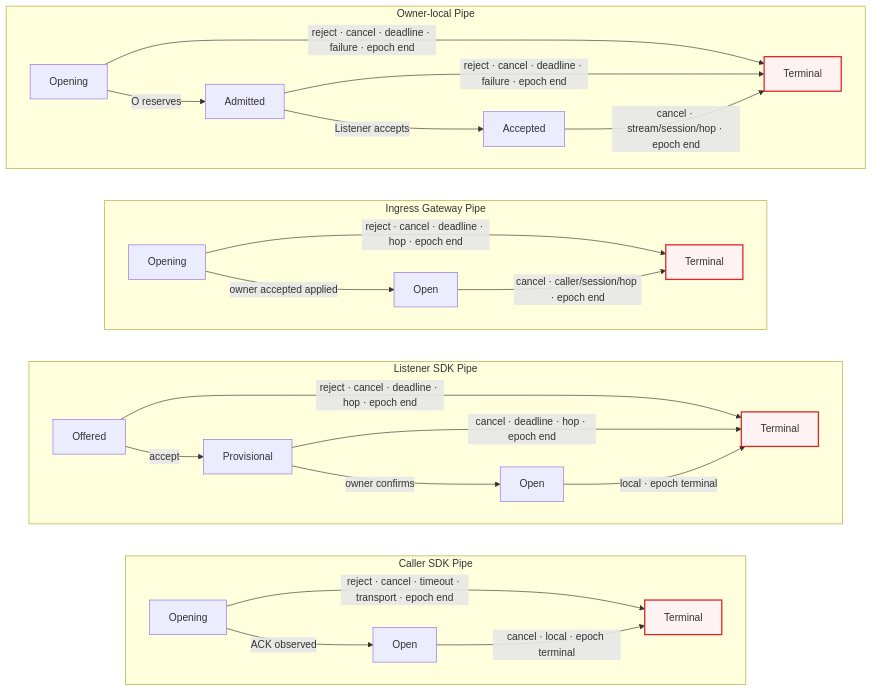
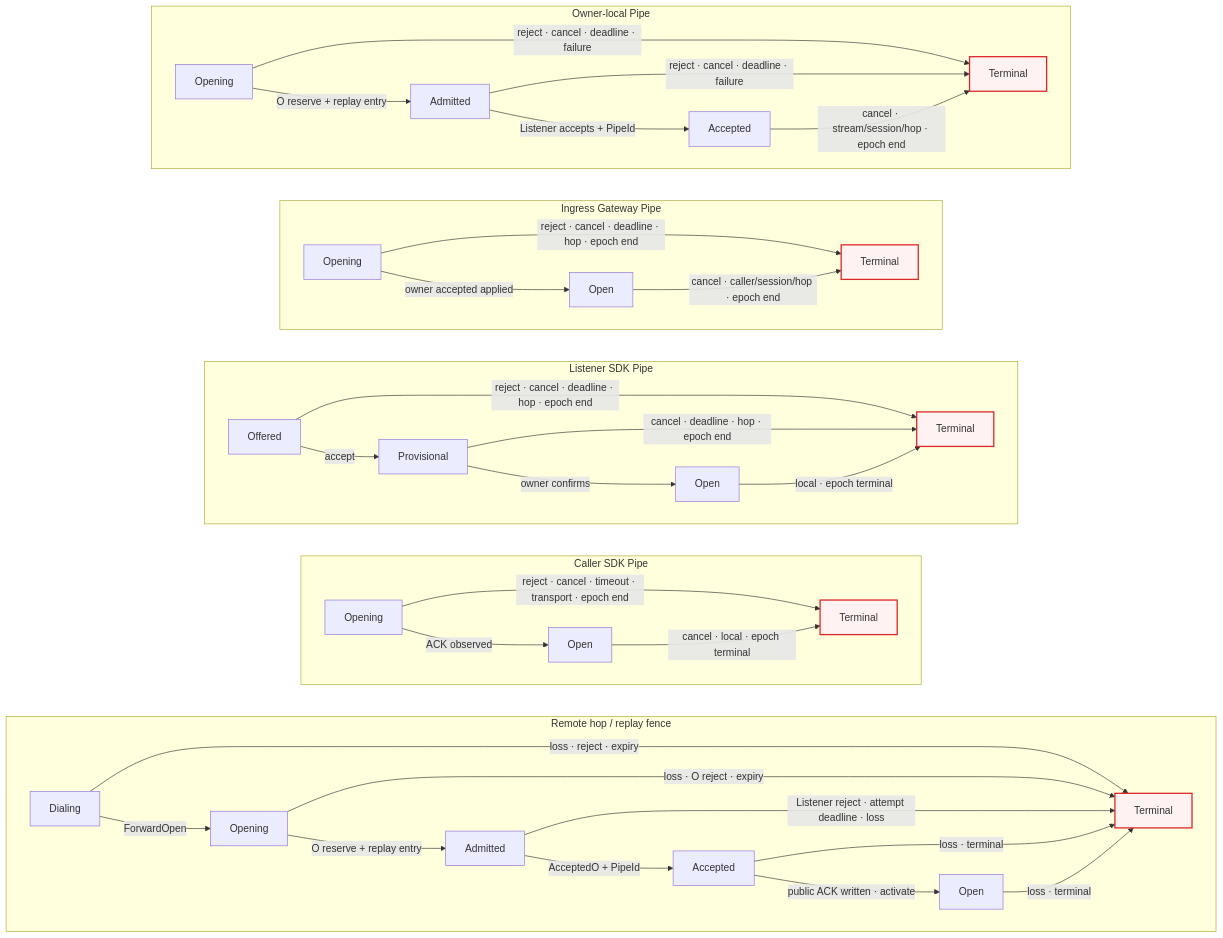
Before and after one commit to cagojeiger/relaygate: the fourth of 6 diagrams in docs/spec/003-failure-and-recovery-model.md, drawn with Mermaid. The commit also changed other lines of this file and 43 other files, not shown here.

````diff
--- a/docs/spec/003-failure-and-recovery-model.md
+++ b/docs/spec/003-failure-and-recovery-model.md
@@ -153,41 +158,55 @@
 ```mermaid
 flowchart TB
     subgraph Owner["Owner-local Pipe"]
         direction LR
-        O0["Opening"] -->|"O reserves"| O1["Admitted"]
-        O1 -->|"Listener accepts"| O2["Accepted"]
-        O0 -->|"reject · cancel · deadline · failure · epoch end"| O3["Terminal"]
-        O1 -->|"reject · cancel · deadline · failure · epoch end"| O3
+        O0["Opening"] -->|"O reserve + replay entry"| O1["Admitted"]
+        O1 -->|"Listener accepts + PipeId"| O2["Accepted"]
+        O0 -->|"reject · cancel · deadline · failure"| O3["Terminal"]
+        O1 -->|"reject · cancel · deadline · failure"| O3
         O2 -->|"cancel · stream/session/hop · epoch end"| O3
     end
 
     subgraph Ingress["Ingress Gateway Pipe"]
         direction LR
         I0["Opening"] -->|"owner accepted applied"| I1["Open"]
         I0 -->|"reject · cancel · deadline · hop · epoch end"| I2["Terminal"]
         I1 -->|"cancel · caller/session/hop · epoch end"| I2
     end
 
     subgraph Listener["Listener SDK Pipe"]
         direction LR
         L0["Offered"] -->|"accept"| L1["Provisional"]
         L1 -->|"owner confirms"| L2["Open"]
         L0 -->|"reject · cancel · deadline · hop · epoch end"| L3["Terminal"]
         L1 -->|"cancel · deadline · hop · epoch end"| L3
         L2 -->|"local · epoch terminal"| L3
     end
 
     subgraph Caller["Caller SDK Pipe"]
         direction LR
         K0["Opening"] -->|"ACK observed"| K1["Open"]
         K0 -->|"reject · cancel · timeout · transport · epoch end"| K2["Terminal"]
         K1 -->|"cancel · local · epoch terminal"| K2
     end
 
+    subgraph Remote["Remote hop / replay fence"]
+        direction LR
+        H0["Dialing"] -->|"ForwardOpen"| H1["Opening"]
+        H1 -->|"O reserve + replay entry"| H2["Admitted"]
+        H2 -->|"AcceptedO + PipeId"| H3["Accepted"]
+        H3 -->|"public ACK written · activate"| H4["Open"]
+        H0 -->|"loss · reject · expiry"| H5["Terminal"]
+        H1 -->|"loss · O reject · expiry"| H5
+        H2 -->|"Listener reject · attempt deadline · loss"| H5
+        H3 -->|"loss · terminal"| H5
+        H4 -->|"loss · terminal"| H5
+    end
+
     O0 ~~~ I0
     I0 ~~~ L0
     L0 ~~~ K0
+    K0 ~~~ H0
 
     classDef terminal fill:#fef2f2,stroke:#dc2626,stroke-width:2px
-    class O3,I2,L3,K2 terminal
+    class O3,I2,L3,K2,H5 terminal
 ```
````
